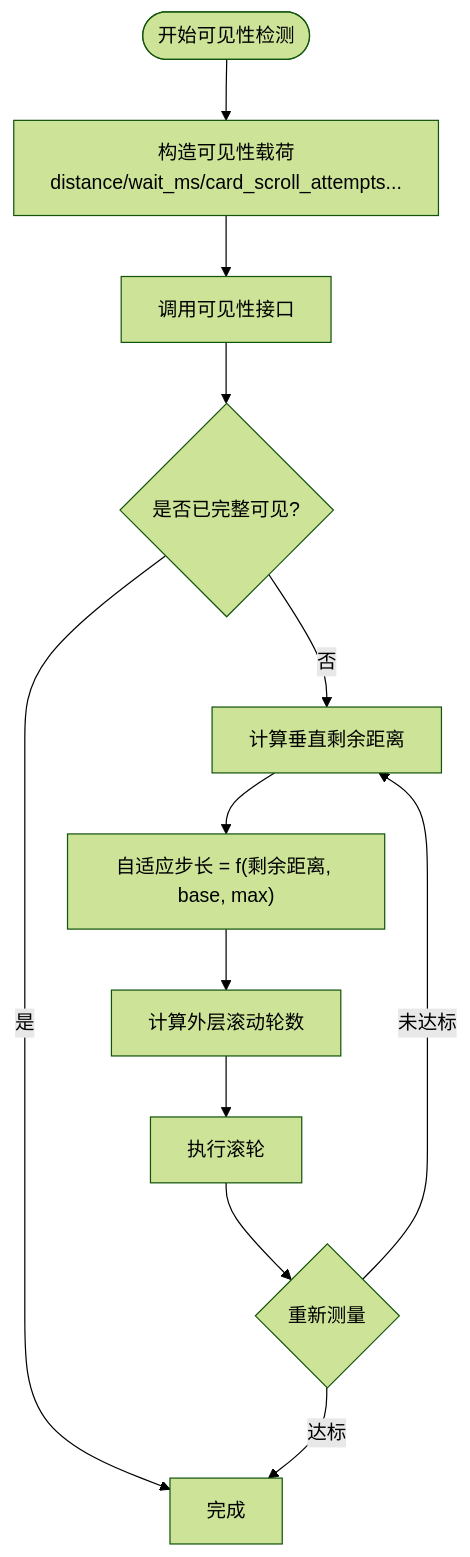
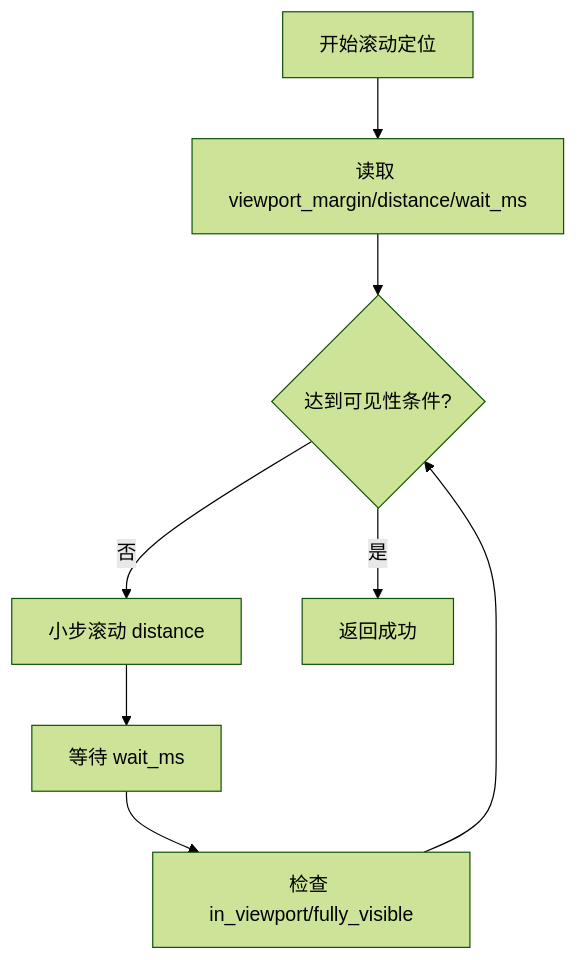
Before and after one commit to alvinwangzi/goodhr: the fifth of 9 diagrams in .qoder/repowiki/zh/content/本地执行器/平台适配器/Boss直聘适配器/Boss运行时环境.md, drawn with Mermaid (forest theme). The commit also changed other lines of this file and 149 other files, not shown here.

````diff
--- a/.qoder/repowiki/zh/content/本地执行器/平台适配器/Boss直聘适配器/Boss运行时环境.md
+++ b/.qoder/repowiki/zh/content/本地执行器/平台适配器/Boss直聘适配器/Boss运行时环境.md
@@ -145,14 +206,10 @@
 ```mermaid
 flowchart TD
-S(["开始可见性检测"]) --> P["构造可见性载荷<br/>distance/wait_ms/card_scroll_attempts..."]
-P --> V["调用可见性接口"]
-V --> Check{"是否已完整可见?"}
-Check --> |是| Done["完成"]
-Check --> |否| Gap["计算垂直剩余距离"]
-Gap --> Step["自适应步长 = f(剩余距离, base, max)"]
-Step --> Budget["计算外层滚动轮数"]
-Budget --> Wheel["执行滚轮"]
-Wheel --> Recheck{"重新测量"}
-Recheck --> |未达标| Gap
-Recheck --> |达标| Done
+S["开始滚动定位"] --> P["读取 viewport_margin/distance/wait_ms"]
+P --> Loop{"达到可见性条件?"}
+Loop --> |否| Step["小步滚动 distance"]
+Step --> Wait["等待 wait_ms"]
+Wait --> Check["检查 in_viewport/fully_visible"]
+Check --> Loop
+Loop --> |是| Done["返回成功"]
 ```
````
